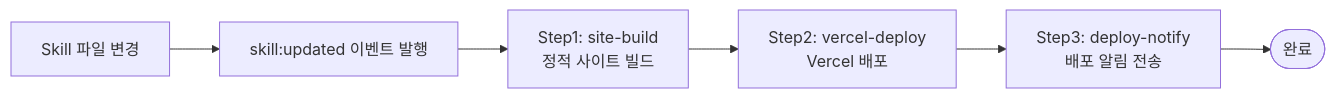
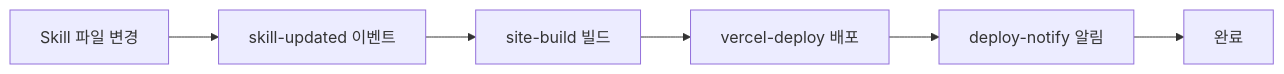
The fourth of 7 diagrams in docs/FLOW CHART.md (pandol69kim-bot/gitautopipe), drawn with Mermaid before and after one commit. The commit also changed other lines of this file and 5 other files, not shown here.

Commit message:
feat: Add new diagrams and update existing documentation for improved clarity and Mermaid compatibility

````diff
--- a/docs/FLOW CHART.md
+++ b/docs/FLOW CHART.md
@@ -68,8 +68,8 @@
 ```mermaid
 flowchart LR
-    SkillFile[Skill 파일 변경] --> Event[skill:updated 이벤트 발행]
-    Event --> Step1[Step1: site-build\n정적 사이트 빌드]
-    Step1 --> Step2[Step2: vercel-deploy\nVercel 배포]
-    Step2 --> Step3[Step3: deploy-notify\n배포 알림 전송]
-    Step3 --> Done([완료])
+    SkillFile[Skill 파일 변경] --> Event[skill-updated 이벤트]
+    Event --> Step1[site-build 빌드]
+    Step1 --> Step2[vercel-deploy 배포]
+    Step2 --> Step3[deploy-notify 알림]
+    Step3 --> Done[완료]
 ```
````
